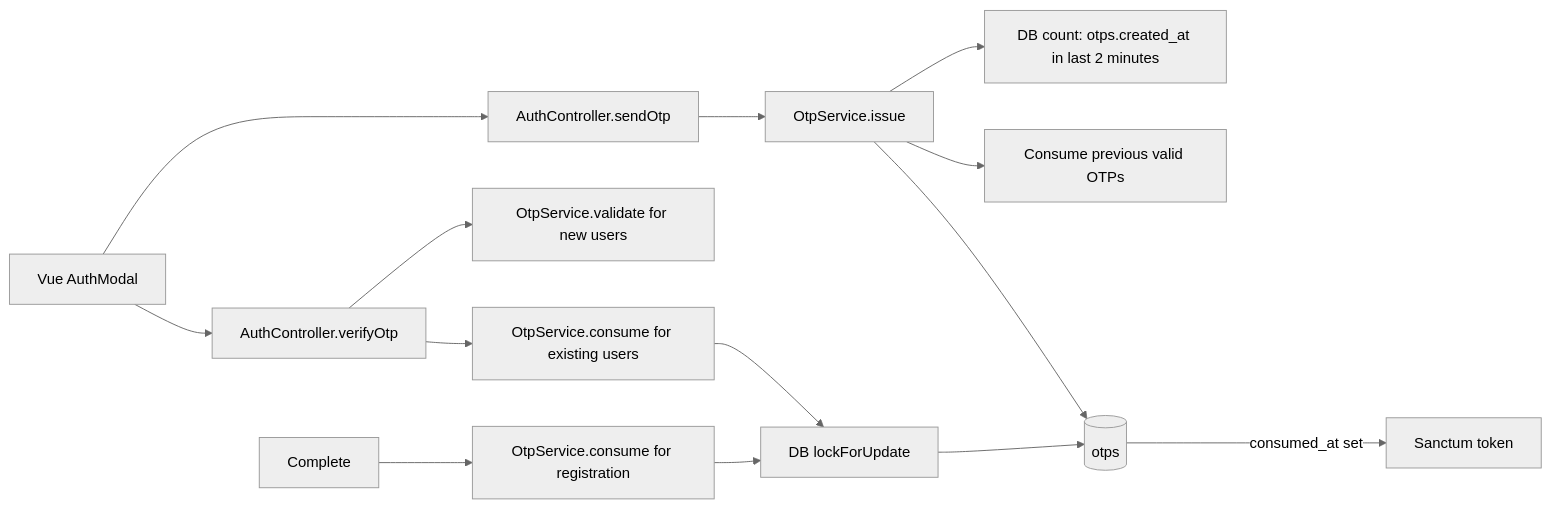
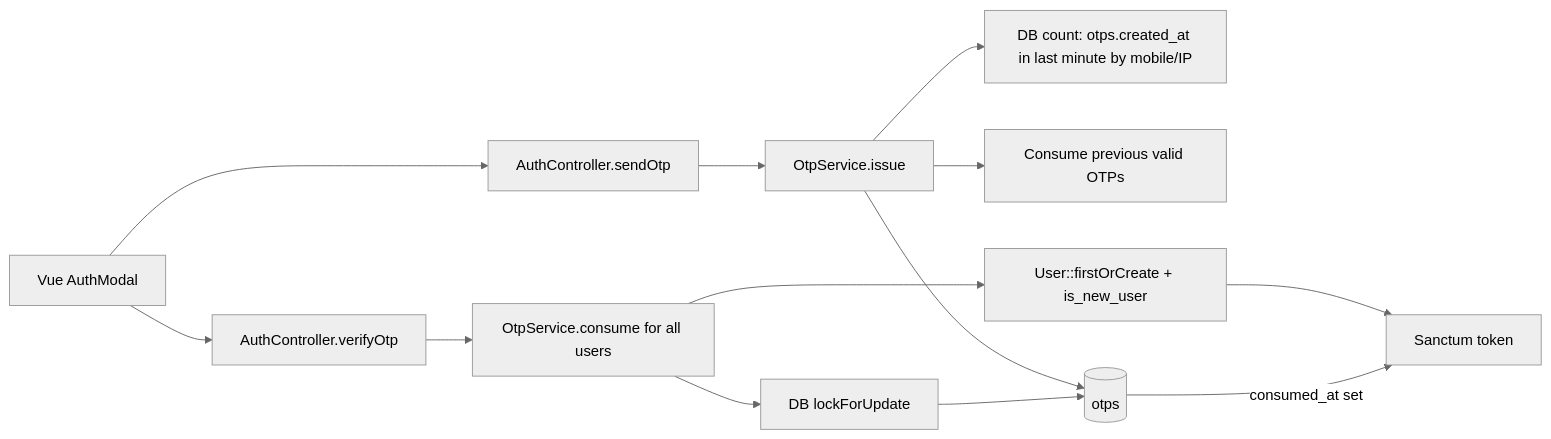
One commit to MehdiHatefia/doosdaaramabkosdinaro changed the fifth of 18 diagrams in docs/architecture.md. Above: the diagram before and after it, drawn with Mermaid (neutral theme). The commit also changed other lines of this file and 7 other files, not shown here.

````diff
--- a/docs/architecture.md
+++ b/docs/architecture.md
@@ -167,16 +167,15 @@
 ```mermaid
 flowchart LR
     Client[Vue AuthModal] --> Send[AuthController.sendOtp]
     Send --> Service[OtpService.issue]
-    Service --> Rate[DB count: otps.created_at in last 2 minutes]
+    Service --> Rate[DB count: otps.created_at in last minute by mobile/IP]
     Service --> Invalidate[Consume previous valid OTPs]
     Service --> Otp[(otps)]
     Client --> Verify[AuthController.verifyOtp]
-    Verify --> Check[OtpService.validate for new users]
-    Verify --> Consume[OtpService.consume for existing users]
-    Complete --> ConsumeRegistration[OtpService.consume for registration]
+    Verify --> Consume[OtpService.consume for all users]
+    Consume --> FirstOrCreate[User::firstOrCreate + is_new_user]
     Consume --> Lock[DB lockForUpdate]
-    ConsumeRegistration --> Lock
+    FirstOrCreate --> Token
     Lock --> Otp
     Otp -->|consumed_at set| Token[Sanctum token]
 ```
````
